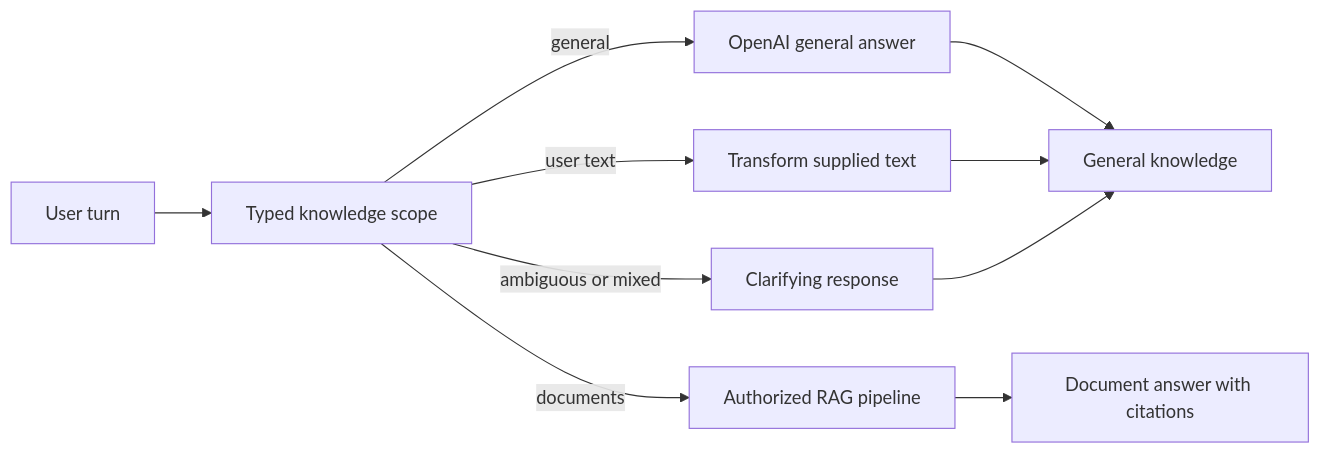
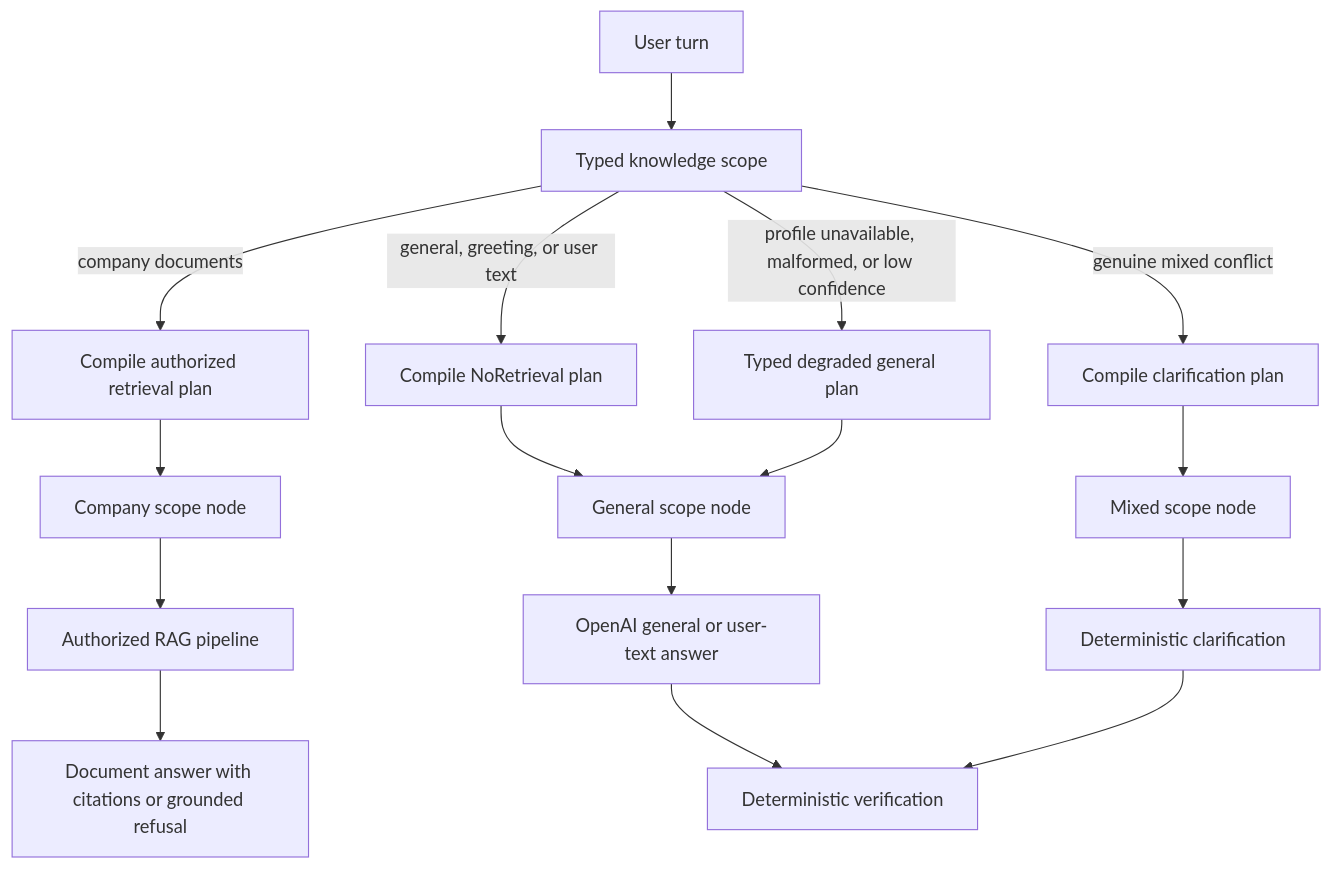
One commit to Nagdy8888/smart-rag changed the diagram in docs/adr/ADR-general-chat-strict-split.md. Above: the diagram before and after it, drawn with Mermaid. The commit also changed other lines of this file and 49 other files, not shown here.

````diff
--- a/docs/adr/ADR-general-chat-strict-split.md
+++ b/docs/adr/ADR-general-chat-strict-split.md
@@ -38,12 +46,18 @@
 ```mermaid
-flowchart LR
+flowchart TD
     userTurn["User turn"] --> scopeDecision["Typed knowledge scope"]
-    scopeDecision -->|general| generalModel["OpenAI general answer"]
-    scopeDecision -->|documents| ragPipeline["Authorized RAG pipeline"]
-    scopeDecision -->|user text| transformModel["Transform supplied text"]
-    scopeDecision -->|ambiguous or mixed| clarification["Clarifying response"]
-    generalModel --> originBadge["General knowledge"]
-    ragPipeline --> citedAnswer["Document answer with citations"]
-    transformModel --> originBadge
-    clarification --> originBadge
+    scopeDecision -->|"company documents"| compileCompany["Compile authorized retrieval plan"]
+    scopeDecision -->|"general, greeting, or user text"| compileDirect["Compile NoRetrieval plan"]
+    scopeDecision -->|"genuine mixed conflict"| compileMixed["Compile clarification plan"]
+    scopeDecision -->|"profile unavailable, malformed, or low confidence"| degraded["Typed degraded general plan"]
+    compileCompany --> companyNode["Company scope node"]
+    compileDirect --> directNode["General scope node"]
+    compileMixed --> mixedNode["Mixed scope node"]
+    degraded --> directNode
+    companyNode --> ragPipeline["Authorized RAG pipeline"]
+    ragPipeline --> citedAnswer["Document answer with citations or grounded refusal"]
+    directNode --> generalModel["OpenAI general or user-text answer"]
+    mixedNode --> clarification["Deterministic clarification"]
+    generalModel --> deterministicVerify["Deterministic verification"]
+    clarification --> deterministicVerify
 ```
````
